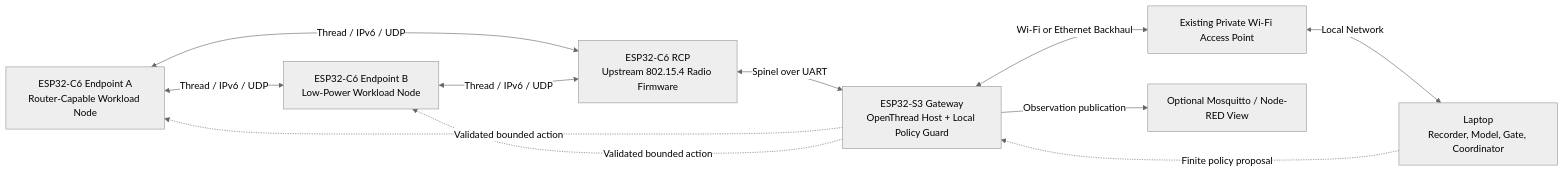
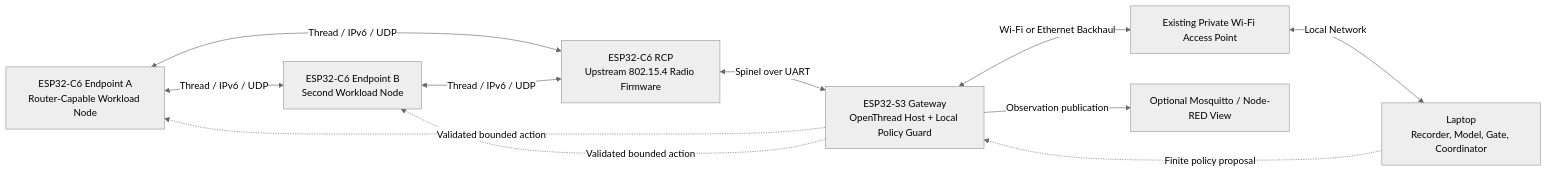
Before and after one commit to Reinathanajah/CLDT-Thread: the diagram in README.md, drawn with Mermaid (neutral theme). The commit also changed other lines of this file and 9 other files, not shown here.

````diff
--- a/README.md
+++ b/README.md
@@ -38,21 +38,21 @@
 ```mermaid
 flowchart LR
     E1["ESP32-C6 Endpoint A<br/>Router-Capable Workload Node"]
-    E2["ESP32-C6 Endpoint B<br/>Low-Power Workload Node"]
+    E2["ESP32-C6 Endpoint B<br/>Second Workload Node"]
     RCP["ESP32-C6 RCP<br/>Upstream 802.15.4 Radio Firmware"]
     GW["ESP32-S3 Gateway<br/>OpenThread Host + Local Policy Guard"]
     AP["Existing Private Wi-Fi Access Point"]
     HOST["Laptop<br/>Recorder, Model, Gate, Coordinator"]
     OBS["Optional Mosquitto / Node-RED View"]
 
     E1 <-->|"Thread / IPv6 / UDP"| E2
     E1 <-->|"Thread / IPv6 / UDP"| RCP
     E2 <-->|"Thread / IPv6 / UDP"| RCP
     RCP <-->|"Spinel over UART"| GW
     GW <-->|"Wi-Fi or Ethernet Backhaul"| AP
     AP <-->|"Local Network"| HOST
     GW -->|"Observation publication"| OBS
     HOST -. "Finite policy proposal" .-> GW
     GW -. "Validated bounded action" .-> E1
     GW -. "Validated bounded action" .-> E2
 ```
````
